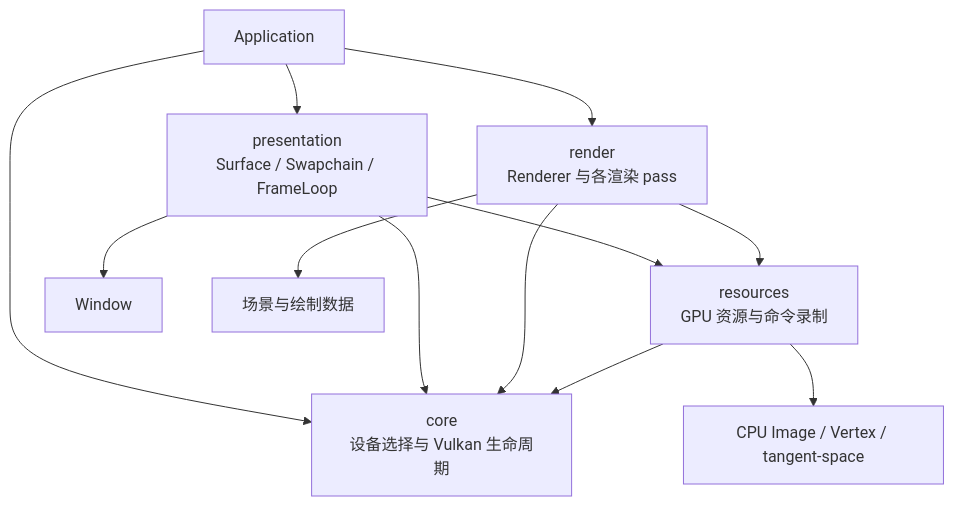
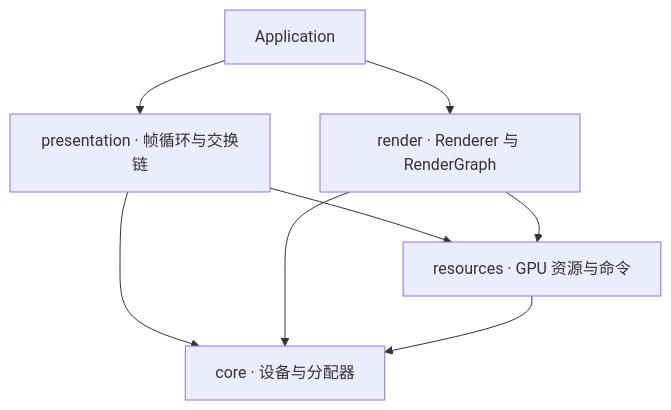
One commit to Plut084/lc1 changed the third of 3 diagrams in docs/module-dependencies.md. Above: the diagram before and after it, drawn with Mermaid. The commit also changed other lines of this file and 24 other files, not shown here.

````diff
--- a/docs/module-dependencies.md
+++ b/docs/module-dependencies.md
@@ -185,14 +46,10 @@
 ```mermaid
-flowchart TB
-    app["Application"] --> presentation["presentation<br/>Surface / Swapchain / FrameLoop"]
-    app --> render["render<br/>Renderer 与各渲染 pass"]
-    app --> core["core<br/>设备选择与 Vulkan 生命周期"]
-    presentation --> resources["resources<br/>GPU 资源与命令录制"]
+flowchart TD
+    app[Application] --> presentation["presentation · 帧循环与交换链"]
+    app --> render["render · Renderer 与 RenderGraph"]
+    presentation --> resources["resources · GPU 资源与命令"]
     render --> resources
-    presentation --> core
+    presentation --> core["core · 设备与分配器"]
     render --> core
     resources --> core
-    presentation --> window["Window"]
-    render --> scene["场景与绘制数据"]
-    resources --> cpu["CPU Image / Vertex / tangent-space"]
 ```
````
